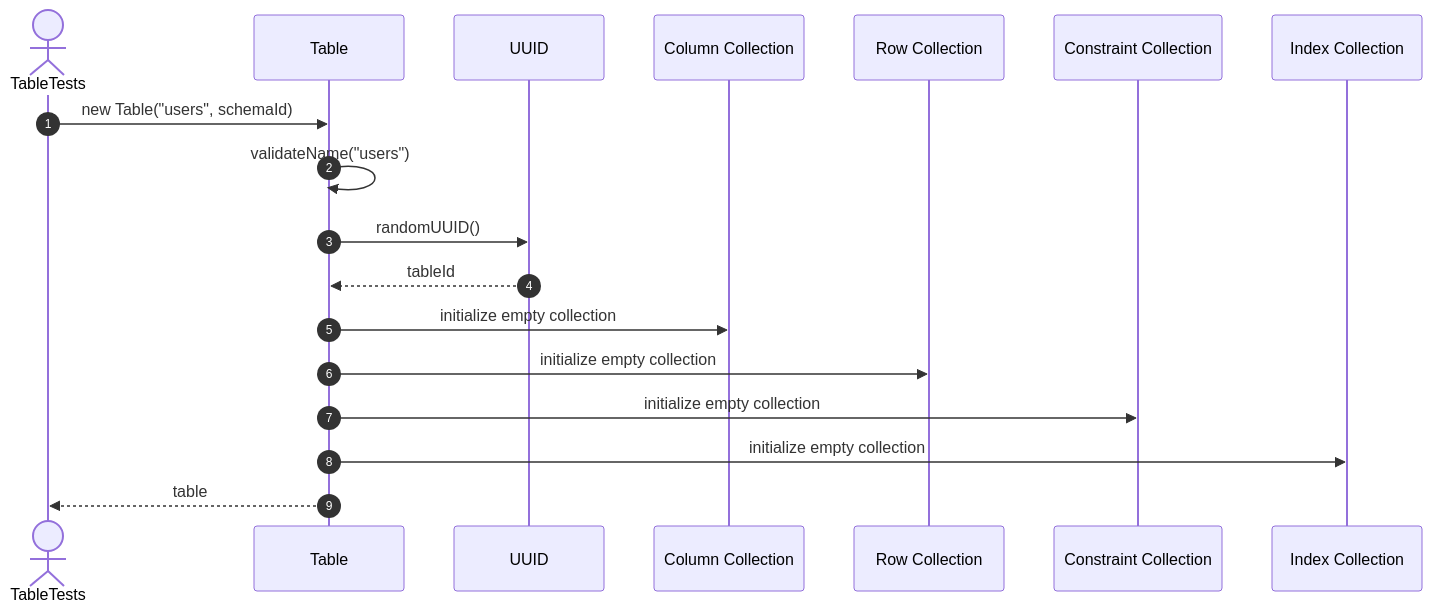
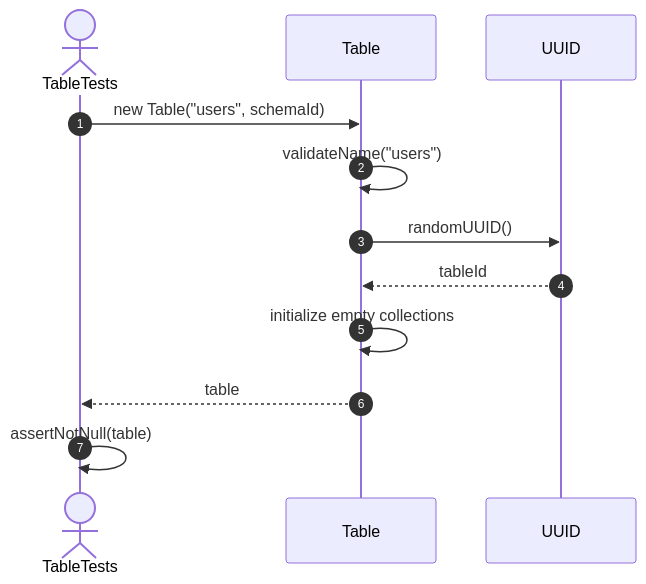
The first of 53 diagrams in src/tests/unit/metadata/sequences/tables-testing.se.md (FhuAnn/-bbv-AN-s-DBMS), drawn with Mermaid before and after one commit. The commit also changed other lines of this file and 7 other files, not shown here.

Commit message:
table and row run test successfully

````diff
--- a/src/tests/unit/metadata/sequences/tables-testing.se.md
+++ b/src/tests/unit/metadata/sequences/tables-testing.se.md
@@ -5,21 +10,15 @@
 ```mermaid
 sequenceDiagram
     autonumber
     actor Test as TableTests
     participant Table as Table
     participant UUID as UUID
-    participant Columns as Column Collection
-    participant Rows as Row Collection
-    participant Constraints as Constraint Collection
-    participant Indexes as Index Collection
 
     Test->>Table: new Table("users", schemaId)
     Table->>Table: validateName("users")
     Table->>UUID: randomUUID()
     UUID-->>Table: tableId
-    Table->>Columns: initialize empty collection
-    Table->>Rows: initialize empty collection
-    Table->>Constraints: initialize empty collection
-    Table->>Indexes: initialize empty collection
+    Table->>Table: initialize empty collections
     Table-->>Test: table
+    Test->>Test: assertNotNull(table)
 ```
````
